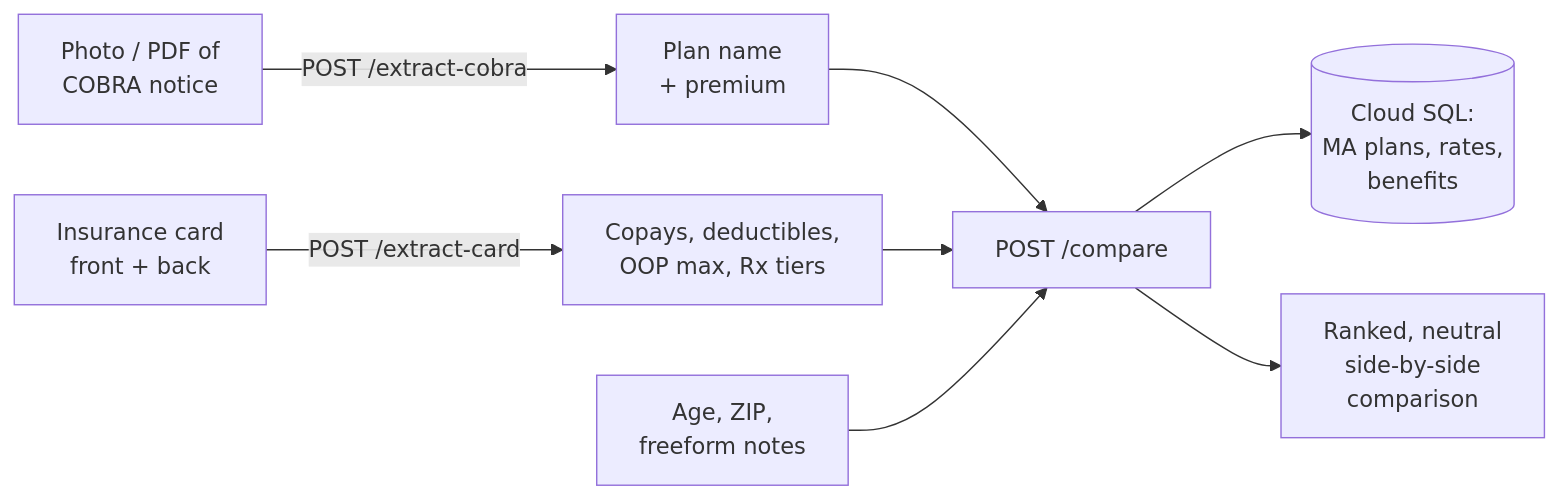
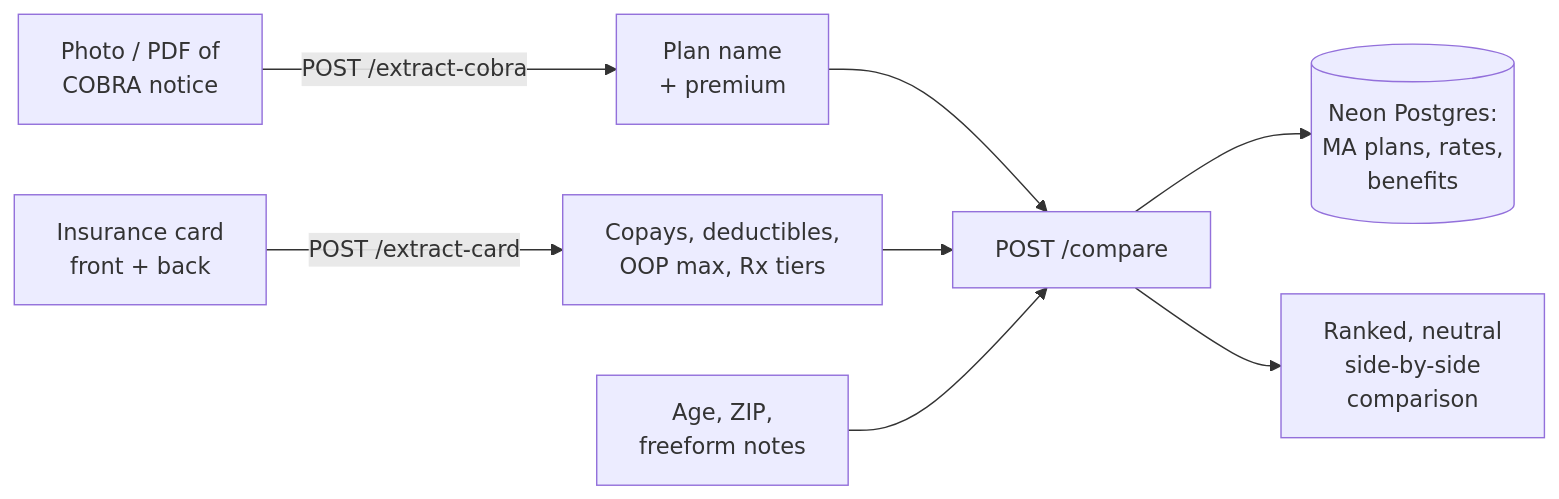
The diagram in README.md (yoshnee/cobra-ma-api), drawn with Mermaid before and after one commit. The commit also changed other lines of this file and 4 other files, not shown here.

First line of the commit message:
Move database from Cloud SQL to Neon

````diff
--- a/README.md
+++ b/README.md
@@ -31,10 +31,10 @@
 ```mermaid
 flowchart LR
     A[Photo / PDF of<br/>COBRA notice] -->|POST /extract-cobra| B[Plan name<br/>+ premium]
     C[Insurance card<br/>front + back] -->|POST /extract-card| D[Copays, deductibles,<br/>OOP max, Rx tiers]
     B --> E[POST /compare]
     D --> E
     F[Age, ZIP,<br/>freeform notes] --> E
-    E --> G[(Cloud SQL:<br/>MA plans, rates,<br/>benefits)]
+    E --> G[(Neon Postgres:<br/>MA plans, rates,<br/>benefits)]
     E --> H[Ranked, neutral<br/>side-by-side<br/>comparison]
 ```
````
